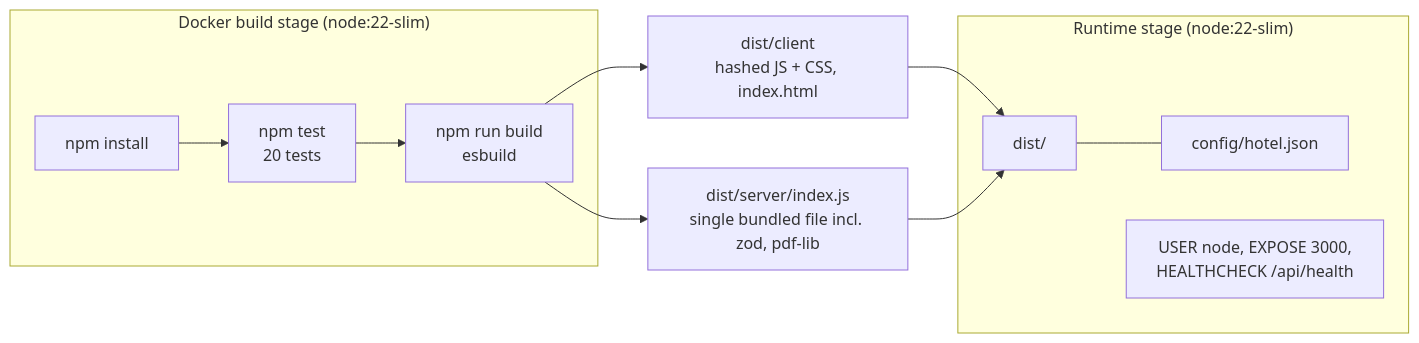
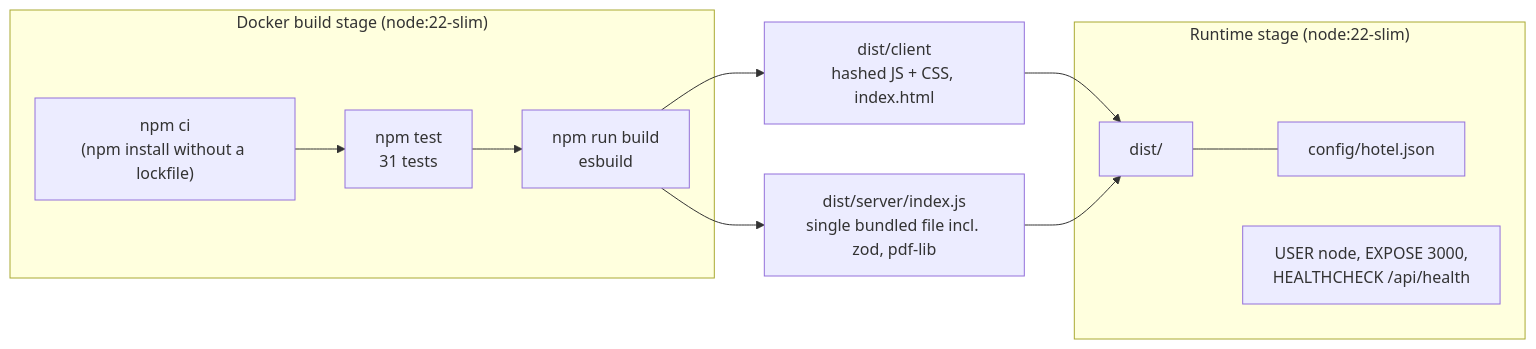
The first of 2 diagrams in docs/04-deployment-devops.md (pRiMeXoMeGa/white-label-hms), drawn with Mermaid before and after one commit. The commit also changed other lines of this file and 78 other files, not shown here.

````diff
--- a/docs/04-deployment-devops.md
+++ b/docs/04-deployment-devops.md
@@ -19,14 +19,14 @@
 ```mermaid
 flowchart LR
   subgraph Build["Docker build stage (node:22-slim)"]
-    A[npm install] --> B[npm test<br/>20 tests] --> C[npm run build<br/>esbuild]
+    A["npm ci<br/>(npm install without a lockfile)"] --> B[npm test<br/>31 tests] --> C[npm run build<br/>esbuild]
   end
   C --> D["dist/client<br/>hashed JS + CSS, index.html"]
   C --> E["dist/server/index.js<br/>single bundled file incl. zod, pdf-lib"]
   subgraph Run["Runtime stage (node:22-slim)"]
     D2[dist/] --- F[config/hotel.json]
     G["USER node, EXPOSE 3000,<br/>HEALTHCHECK /api/health"]
   end
   D --> D2
   E --> D2
 ```
````
